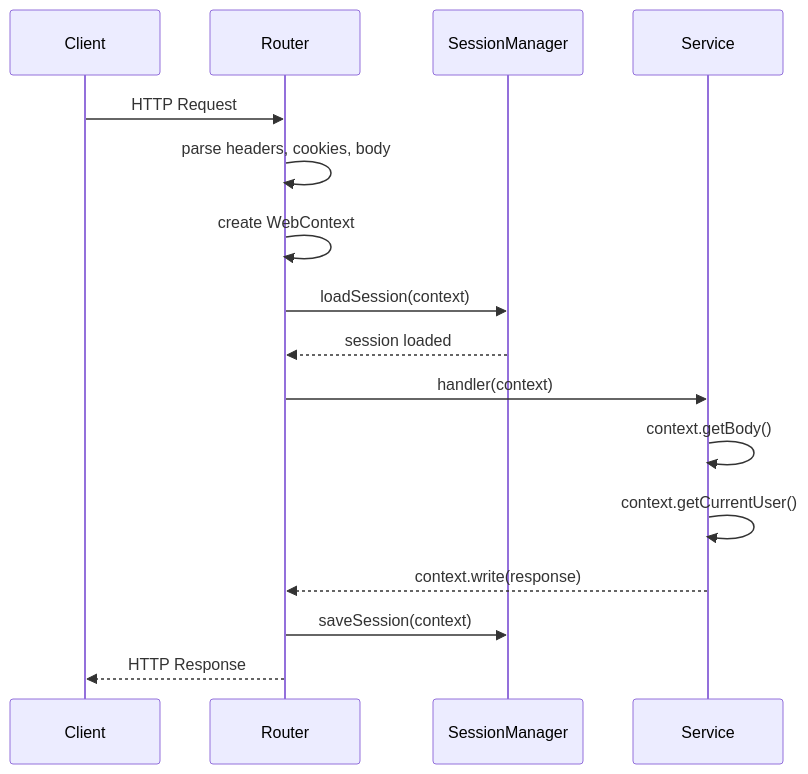
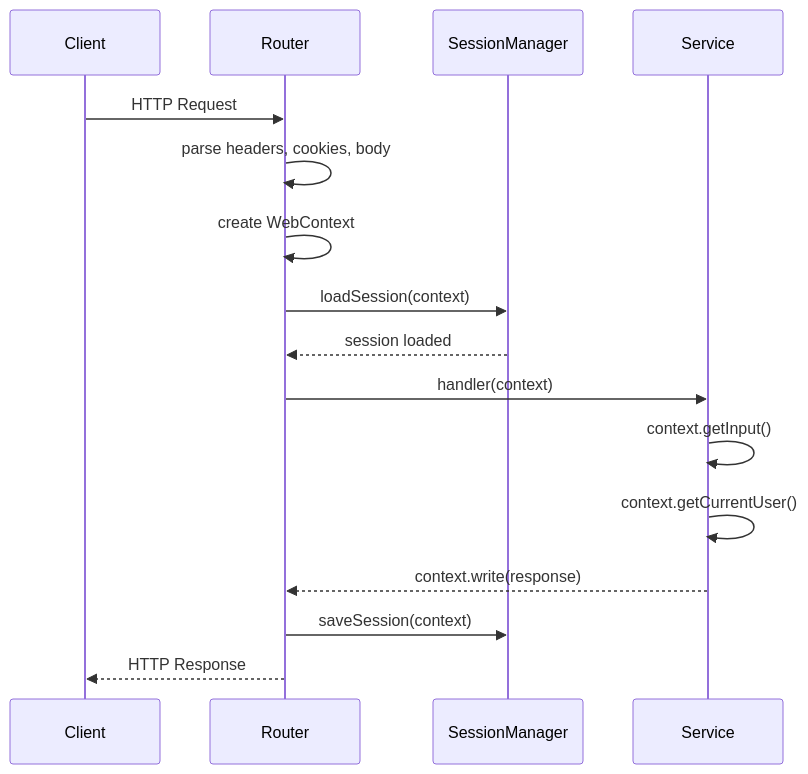
The diagram in docs/pages/Modules/core/Context.md (loopingz/webda.io), drawn with Mermaid before and after one commit. The commit also changed other lines of this file and 104 other files, not shown here.

````diff
--- a/docs/pages/Modules/core/Context.md
+++ b/docs/pages/Modules/core/Context.md
@@ -128,19 +126,19 @@
 ```mermaid
 sequenceDiagram
     participant Client
     participant Router
     participant SessionManager
     participant Service
 
     Client->>Router: HTTP Request
     Router->>Router: parse headers, cookies, body
     Router->>Router: create WebContext
     Router->>SessionManager: loadSession(context)
     SessionManager-->>Router: session loaded
     Router->>Service: handler(context)
-    Service->>Service: context.getBody()
+    Service->>Service: context.getInput()
     Service->>Service: context.getCurrentUser()
     Service-->>Router: context.write(response)
     Router->>SessionManager: saveSession(context)
     Router-->>Client: HTTP Response
 ```
````
